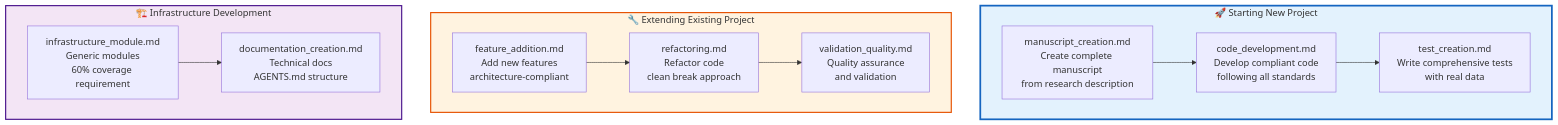
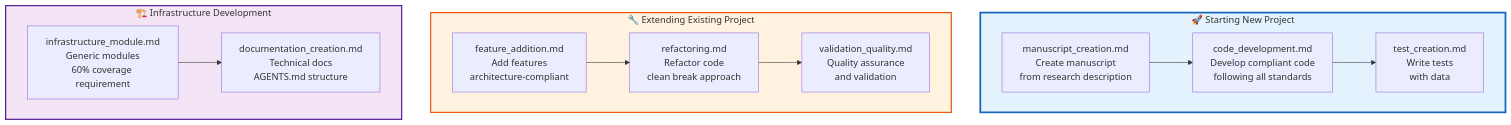
Before and after one commit to docxology/template: the diagram in docs/prompts/README.md, drawn with Mermaid. The commit also changed other lines of this file and 1586 other files, not shown here.

````diff
--- a/docs/prompts/README.md
+++ b/docs/prompts/README.md
@@ -33,33 +33,33 @@
 ```mermaid
 graph TD
     subgraph NewProject["🚀 Starting New Project"]
-        MS[manuscript_creation.md<br/>Create complete manuscript<br/>from research description]
+        MS[manuscript_creation.md<br/>Create manuscript<br/>from research description]
         CD[code_development.md<br/>Develop compliant code<br/>following all standards]
-        TC[test_creation.md<br/>Write comprehensive tests<br/>with real data]
+        TC[test_creation.md<br/>Write tests<br/>with data]
     end
 
     subgraph ExistingProject["🔧 Extending Existing Project"]
-        FA[feature_addition.md<br/>Add new features<br/>architecture-compliant]
+        FA[feature_addition.md<br/>Add features<br/>architecture-compliant]
         REF[refactoring.md<br/>Refactor code<br/>clean break approach]
         VAL[validation_quality.md<br/>Quality assurance<br/>and validation]
     end
 
     subgraph Infrastructure["🏗️ Infrastructure Development"]
         IM[infrastructure_module.md<br/>Generic modules<br/>60% coverage requirement]
         DC[documentation_creation.md<br/>Technical docs<br/>AGENTS.md structure]
     end
 
     MS --> CD
     CD --> TC
     FA --> REF
     REF --> VAL
     IM --> DC
 
     classDef core fill:#e3f2fd,stroke:#1565c0,stroke-width:3px
     classDef advanced fill:#fff3e0,stroke:#e65100,stroke-width:2px
     classDef infra fill:#f3e5f5,stroke:#4a148c,stroke-width:2px
 
     class NewProject core
     class ExistingProject advanced
     class Infrastructure infra
 ```
````
